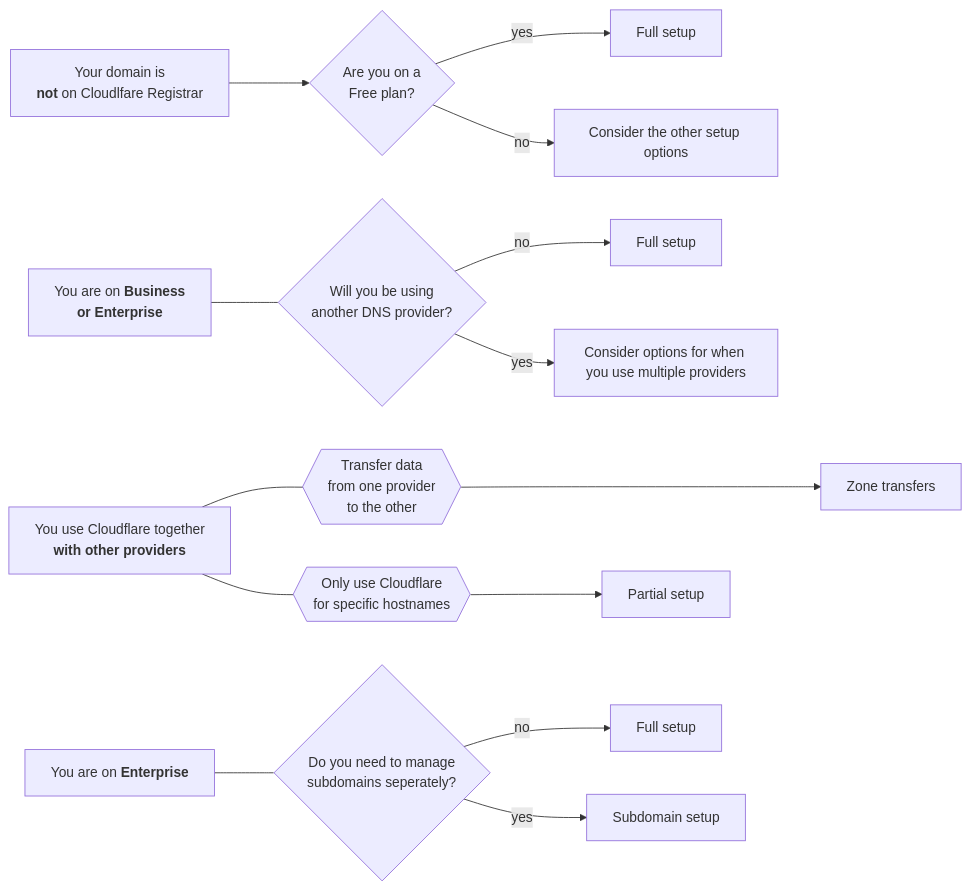
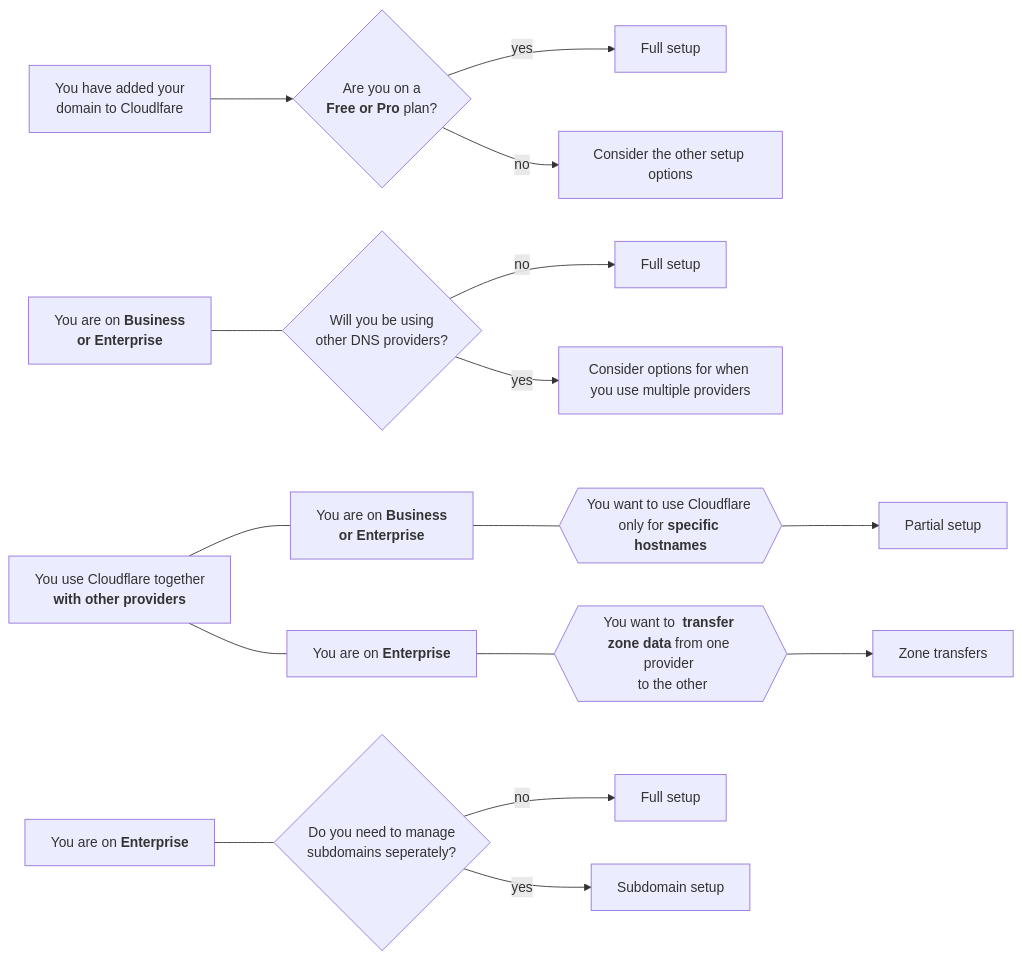
The diagram in content/dns/zone-setups/_index.md (cloudflare/cloudflare-docs), drawn with Mermaid before and after one commit.

Commit message:
Reorganize nodes ids and improve consistency

````diff
--- a/content/dns/zone-setups/_index.md
+++ b/content/dns/zone-setups/_index.md
@@ -22,36 +22,38 @@
 ```mermaid
 flowchart LR
-A[Your domain is <br /> <strong>not</strong> on Cloudlfare Registrar]
-Q1{Are you on a <br /> Free plan?}
+
+A[You have added your <br /> domain to Cloudlfare]
+Q1{Are you on a <br /> <strong>Free or Pro</strong> plan?}
 B[Full setup]
 C[Consider the other setup options]
 
 A --> Q1
 Q1 -- yes --> B
 Q1 -- no --> C
 
-A2[You are on <strong>Business <br /> or Enterprise</strong>]
 
-A2 --- Q2
-Q2{Will you be using <br /> another DNS provider?}
+C1[You are on <strong>Business <br /> or Enterprise</strong>]
+Q2{Will you be using <br /> other DNS providers?}
+
+C1 --- Q2
 Q2 -- no --> B2[Full setup]
-Q2 -- yes --> H[Consider options for when you use multiple providers]
+Q2 -- yes --> D[Consider options for when you use multiple providers]
 
-I[You use Cloudflare together <br /> <strong>with other providers</strong>]
+D1[You use Cloudflare together <br /><strong>with other providers</strong>]
+Q3[You are on <strong>Business <br />or Enterprise</strong>]
+Q4{{You want to use Cloudflare <br />only for <strong>specific hostnames</strong>}}
+Q5[You are on <strong>Enterprise</strong>]
+Q6{{You want to  <strong>transfer <br />zone data</strong> from one provider <br /> to the other}}
+E[Partial setup]
+F[Zone transfers]
 
-Q3{{Transfer data <br /> from one provider <br /> to the other}}
-Q4{{Only use Cloudflare <br /> for specific hostnames}} --> F
-F[Partial setup]
+D1 --- Q3 --- Q4 ---> E
+D1 --- Q5 --- Q6 ---> F
 
-I --- Q3
-I --- Q4
-Q3 ---> G
-G[Zone transfers]
+G[You are on <strong>Enterprise</strong>]
+Q7{Do you need to manage <br /> subdomains seperately?}
 
-A1[You are on <strong>Enterprise</strong>]
-Q5{Do you need to manage <br /> subdomains seperately?}
-
-A1 --- Q5
-Q5 -- no --> B1[Full setup]
-Q5 -- yes --> E[Subdomain setup]
+G --- Q7
+Q7 -- no --> B1[Full setup]
+Q7 -- yes --> H[Subdomain setup]
 ```
````
